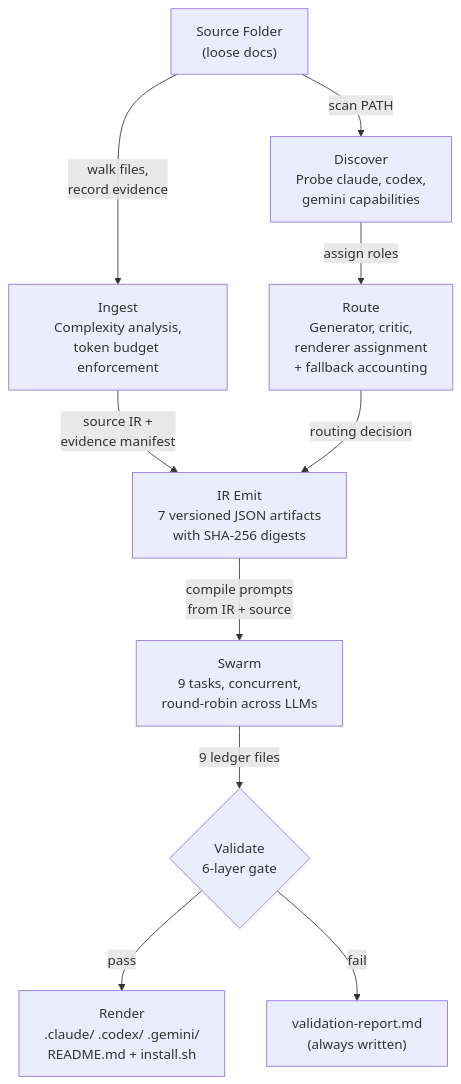
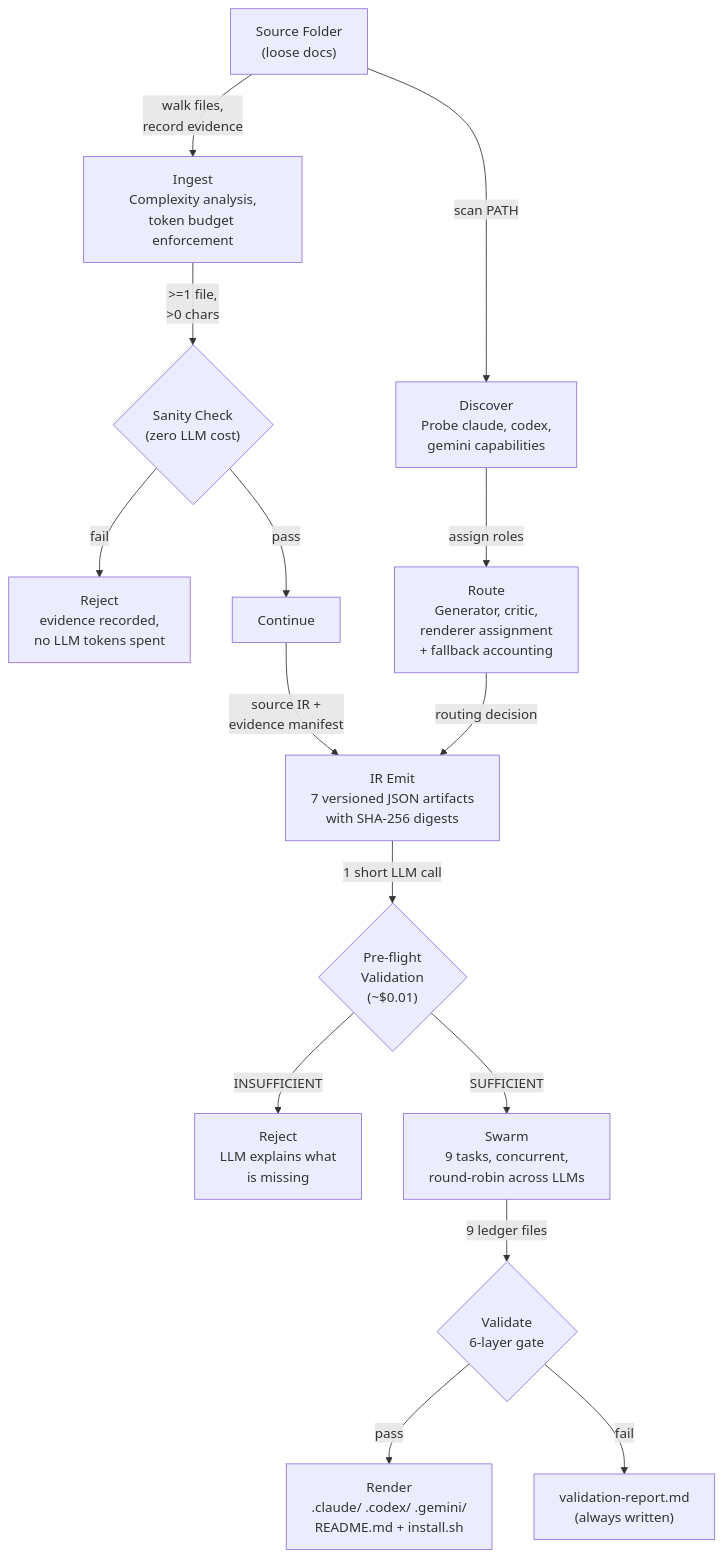
Before and after one commit to op7ic/SwarmMaker: the second of 3 diagrams in README.md, drawn with Mermaid. The commit also changed other lines of this file and 11 other files, not shown here.

````diff
--- a/README.md
+++ b/README.md
@@ -41,12 +42,17 @@
 ```mermaid
 graph TD
     SRC["Source Folder<br/>(loose docs)"] -->|walk files,<br/>record evidence| INGEST["Ingest<br/>Complexity analysis,<br/>token budget enforcement"]
+    INGEST -->|>=1 file,<br/>>0 chars| SANITY{"Sanity Check<br/>(zero LLM cost)"}
+    SANITY -->|fail| REJECT["Reject<br/>evidence recorded,<br/>no LLM tokens spent"]
+    SANITY -->|pass| DISC_STEP["Continue"]
     SRC -->|scan PATH| DISC["Discover<br/>Probe claude, codex,<br/>gemini capabilities"]
     DISC -->|assign roles| ROUTE["Route<br/>Generator, critic,<br/>renderer assignment<br/>+ fallback accounting"]
-    INGEST -->|source IR +<br/>evidence manifest| IR["IR Emit<br/>7 versioned JSON artifacts<br/>with SHA-256 digests"]
+    DISC_STEP -->|source IR +<br/>evidence manifest| IR["IR Emit<br/>7 versioned JSON artifacts<br/>with SHA-256 digests"]
     ROUTE -->|routing decision| IR
-    IR -->|compile prompts<br/>from IR + source| SWARM["Swarm<br/>9 tasks, concurrent,<br/>round-robin across LLMs"]
+    IR -->|1 short LLM call| PREFLIGHT{"Pre-flight<br/>Validation<br/>(~$0.01)"}
+    PREFLIGHT -->|INSUFFICIENT| REJECT2["Reject<br/>LLM explains what<br/>is missing"]
+    PREFLIGHT -->|SUFFICIENT| SWARM["Swarm<br/>9 tasks, concurrent,<br/>round-robin across LLMs"]
     SWARM -->|9 ledger files| VALID{"Validate<br/>6-layer gate"}
     VALID -->|pass| RENDER["Render<br/>.claude/ .codex/ .gemini/<br/>README.md + install.sh"]
     VALID -->|fail| REPORT["validation-report.md<br/>(always written)"]
 ```
````
